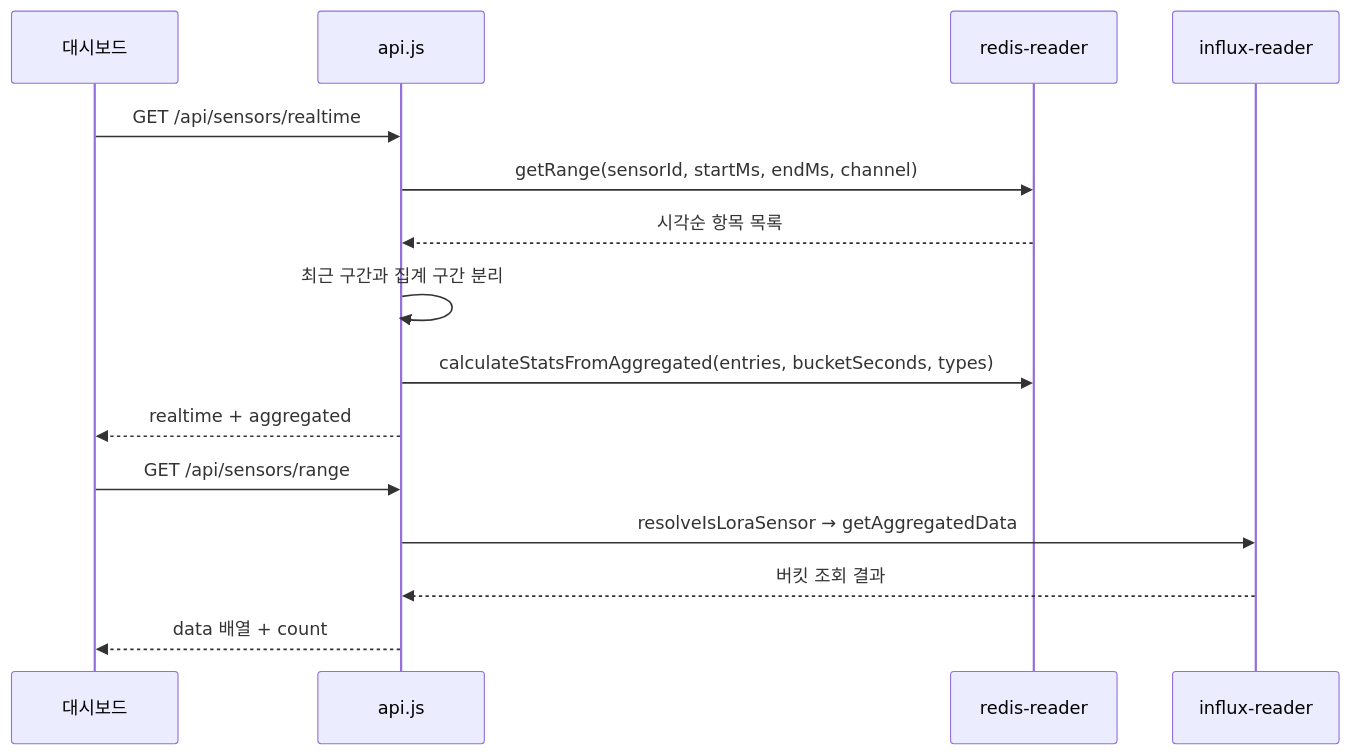
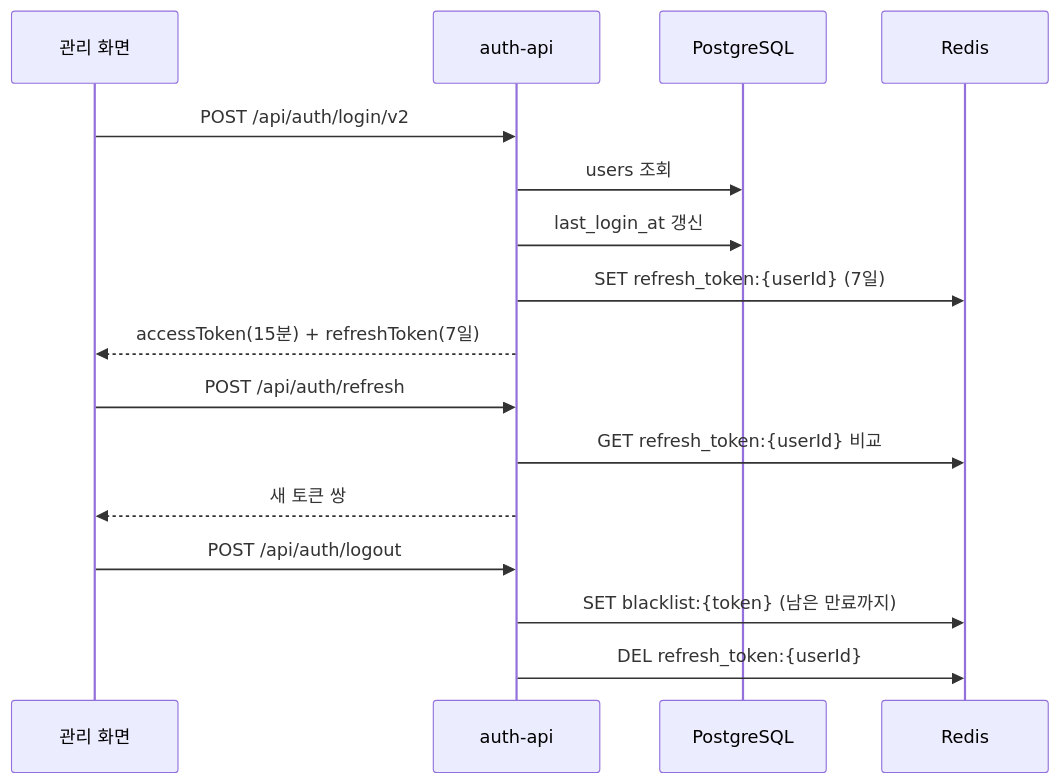
Before and after one commit to inbm-company/geoverse--: the third of 5 diagrams in server/undefined-1.md, drawn with Mermaid. The commit also changed other lines of this file and 4 other files, not shown here.

````diff
--- a/server/undefined-1.md
+++ b/server/undefined-1.md
@@ -46,19 +281,21 @@
 ```mermaid
 sequenceDiagram
-    participant C as 대시보드
-    participant A as api.js
-    participant R as redis-reader
-    participant I as influx-reader
+    participant C as 관리 화면
+    participant A as auth-api
+    participant P as PostgreSQL
+    participant R as Redis
 
-    C->>A: GET /api/sensors/realtime
-    A->>R: getRange(sensorId, startMs, endMs, channel)
-    R-->>A: 시각순 항목 목록
-    A->>A: 최근 구간과 집계 구간 분리
-    A->>R: calculateStatsFromAggregated(entries, bucketSeconds, types)
-    A-->>C: realtime + aggregated
+    C->>A: POST /api/auth/login/v2
+    A->>P: users 조회
+    A->>P: last_login_at 갱신
+    A->>R: SET refresh_token:{userId} (7일)
+    A-->>C: accessToken(15분) + refreshToken(7일)
 
-    C->>A: GET /api/sensors/range
-    A->>I: resolveIsLoraSensor → getAggregatedData
-    I-->>A: 버킷 조회 결과
-    A-->>C: data 배열 + count
+    C->>A: POST /api/auth/refresh
+    A->>R: GET refresh_token:{userId} 비교
+    A-->>C: 새 토큰 쌍
+
+    C->>A: POST /api/auth/logout
+    A->>R: SET blacklist:{token} (남은 만료까지)
+    A->>R: DEL refresh_token:{userId}
 ```
````
